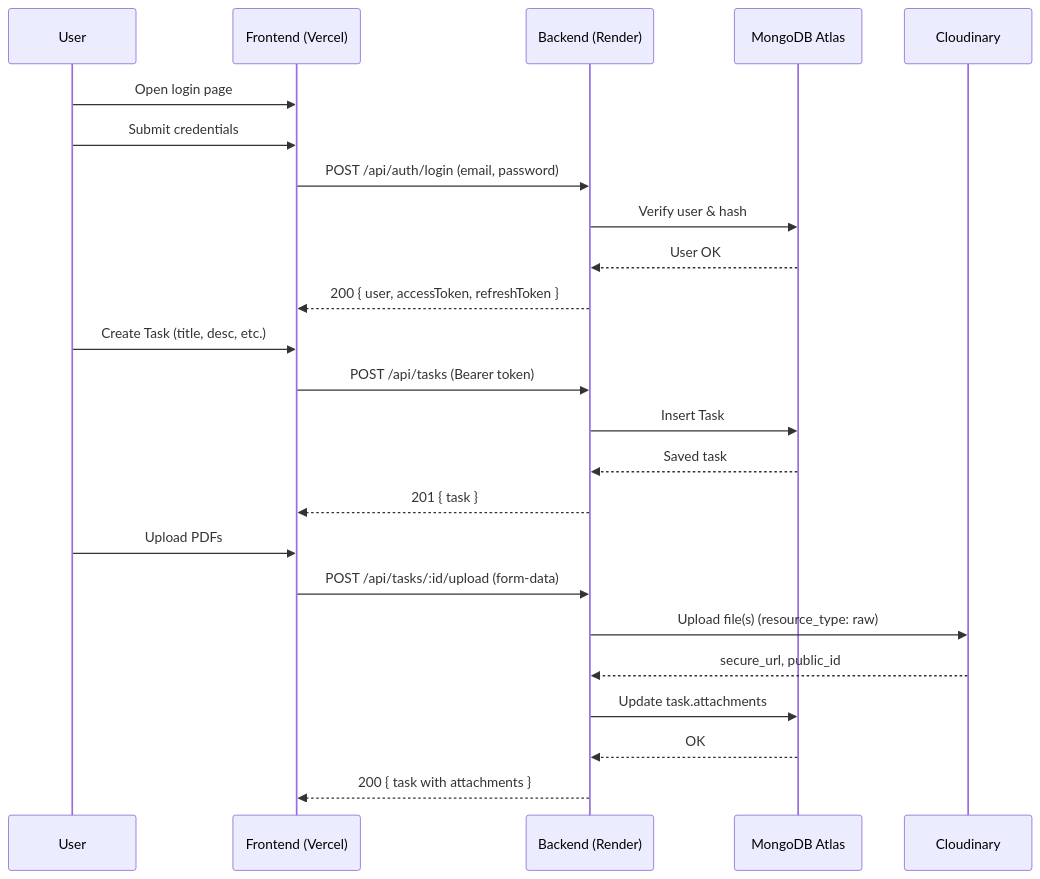
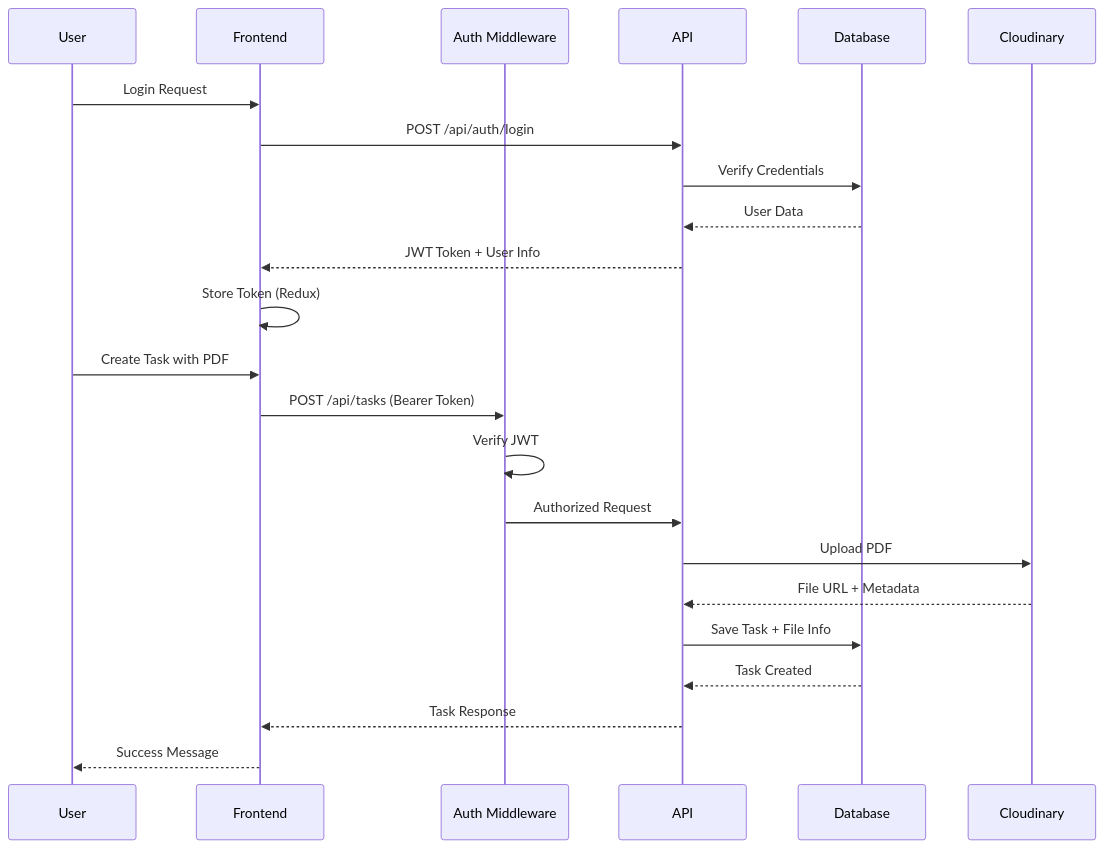
One commit to Manu-Tyagi90/task-management-system changed the fifth of 10 diagrams in README.md. Above: the diagram before and after it, drawn with Mermaid. The commit also changed other lines of this file, not shown here.

````diff
--- a/README.md
+++ b/README.md
@@ -242,29 +445,27 @@
 ```mermaid
 sequenceDiagram
-  participant U as User
-  participant FE as Frontend (Vercel)
-  participant BE as Backend (Render)
-  participant DB as MongoDB Atlas
-  participant CL as Cloudinary
-
-  U->>FE: Open login page
-  U->>FE: Submit credentials
-  FE->>BE: POST /api/auth/login (email, password)
-  BE->>DB: Verify user & hash
-  DB-->>BE: User OK
-  BE-->>FE: 200 { user, accessToken, refreshToken }
-
-  U->>FE: Create Task (title, desc, etc.)
-  FE->>BE: POST /api/tasks (Bearer token)
-  BE->>DB: Insert Task
-  DB-->>BE: Saved task
-  BE-->>FE: 201 { task }
-
-  U->>FE: Upload PDFs
-  FE->>BE: POST /api/tasks/:id/upload (form-data)
-  BE->>CL: Upload file(s) (resource_type: raw)
-  CL-->>BE: secure_url, public_id
-  BE->>DB: Update task.attachments
-  DB-->>BE: OK
-  BE-->>FE: 200 { task with attachments }
+    participant User
+    participant Frontend
+    participant Auth Middleware
+    participant API
+    participant Database
+    participant Cloudinary
+    
+    User->>Frontend: Login Request
+    Frontend->>API: POST /api/auth/login
+    API->>Database: Verify Credentials
+    Database-->>API: User Data
+    API-->>Frontend: JWT Token + User Info
+    Frontend->>Frontend: Store Token (Redux)
+    
+    User->>Frontend: Create Task with PDF
+    Frontend->>Auth Middleware: POST /api/tasks (Bearer Token)
+    Auth Middleware->>Auth Middleware: Verify JWT
+    Auth Middleware->>API: Authorized Request
+    API->>Cloudinary: Upload PDF
+    Cloudinary-->>API: File URL + Metadata
+    API->>Database: Save Task + File Info
+    Database-->>API: Task Created
+    API-->>Frontend: Task Response
+    Frontend-->>User: Success Message
 ```
````
